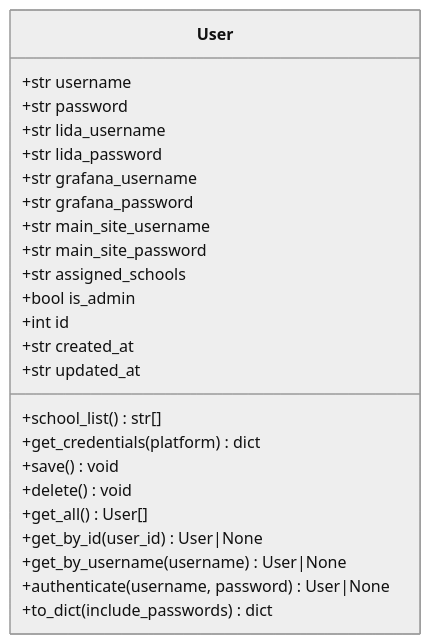
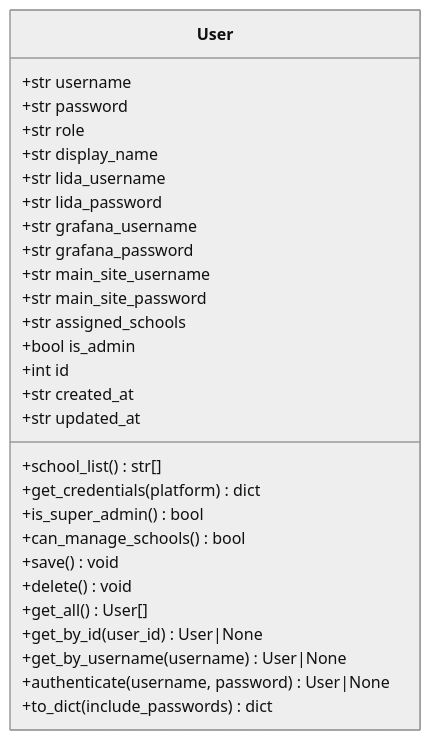
The third of 9 diagrams in .qoder/repowiki/zh/content/数据模型/用户模型.md (oreovan567-pixel/middle-platform-data-collector), drawn with Mermaid (neutral theme) before and after one commit. The commit also changed other lines of this file and 11 other files, not shown here.

````diff
--- a/.qoder/repowiki/zh/content/数据模型/用户模型.md
+++ b/.qoder/repowiki/zh/content/数据模型/用户模型.md
@@ -133,27 +149,31 @@
 ```mermaid
 classDiagram
 class User {
 +str username
 +str password
++str role
++str display_name
 +str lida_username
 +str lida_password
 +str grafana_username
 +str grafana_password
 +str main_site_username
 +str main_site_password
 +str assigned_schools
 +bool is_admin
 +int id
 +str created_at
 +str updated_at
 +school_list() str[]
 +get_credentials(platform) dict
++is_super_admin() bool
++can_manage_schools() bool
 +save() void
 +delete() void
 +get_all() User[]
 +get_by_id(user_id) User|None
 +get_by_username(username) User|None
 +authenticate(username, password) User|None
 +to_dict(include_passwords) dict
 }
 ```
````
